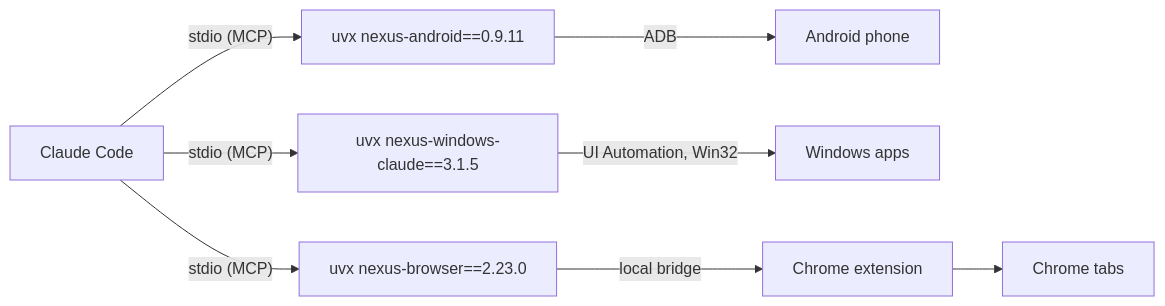
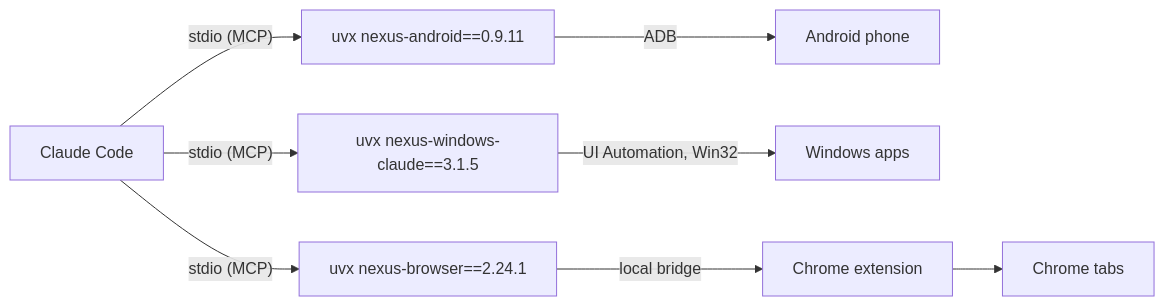
One commit to pironjulien/NexusSystem changed the diagram in README.md. Above: the diagram before and after it, drawn with Mermaid. The commit also changed other lines of this file and 8 other files, not shown here.

Commit message:
Update to 1.4.3: nexus-browser 2.24.1 (one-line install, no second server with the plugin)

````diff
--- a/README.md
+++ b/README.md
@@ -54,6 +55,6 @@
 ```mermaid
 flowchart LR
     C["Claude Code"] -- "stdio (MCP)" --> A["uvx nexus-android==0.9.11"] -- ADB --> P["Android phone"]
     C -- "stdio (MCP)" --> W["uvx nexus-windows-claude==3.1.5"] -- "UI Automation, Win32" --> D["Windows apps"]
-    C -- "stdio (MCP)" --> B["uvx nexus-browser==2.23.0"] -- "local bridge" --> E["Chrome extension"] --> T["Chrome tabs"]
+    C -- "stdio (MCP)" --> B["uvx nexus-browser==2.24.1"] -- "local bridge" --> E["Chrome extension"] --> T["Chrome tabs"]
 ```
````
